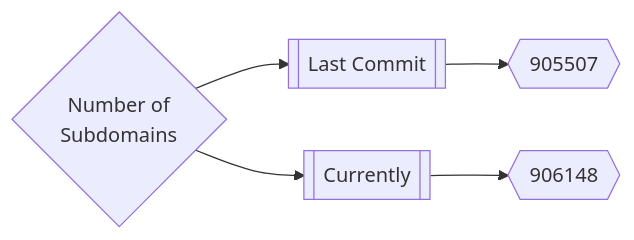
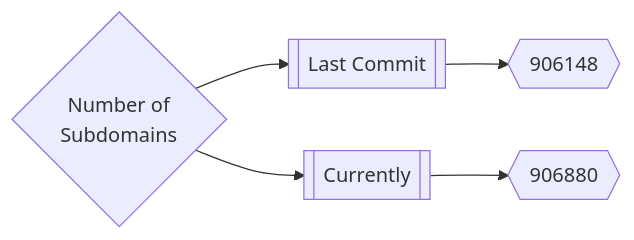
The first of 3 diagrams in README.md (trickest/inventory), drawn with Mermaid before and after one commit. The commit also changed other lines of this file, not shown here.

Commit message:
Update README.md Sun Jul 17 21:12:56 UTC 2022

````diff
--- a/README.md
+++ b/README.md
@@ -167,5 +167,5 @@
 ```mermaid
 graph LR
-title{Number of<br>Subdomains} --> subdomainsDate1[[Last Commit]] --> subdomainsNum1{{905507}}
-title --> subdomainsDate2[[Currently]] --> subdomainsNum2{{906148}}
+title{Number of<br>Subdomains} --> subdomainsDate1[[Last Commit]] --> subdomainsNum1{{906148}}
+title --> subdomainsDate2[[Currently]] --> subdomainsNum2{{906880}}
 ```
````
